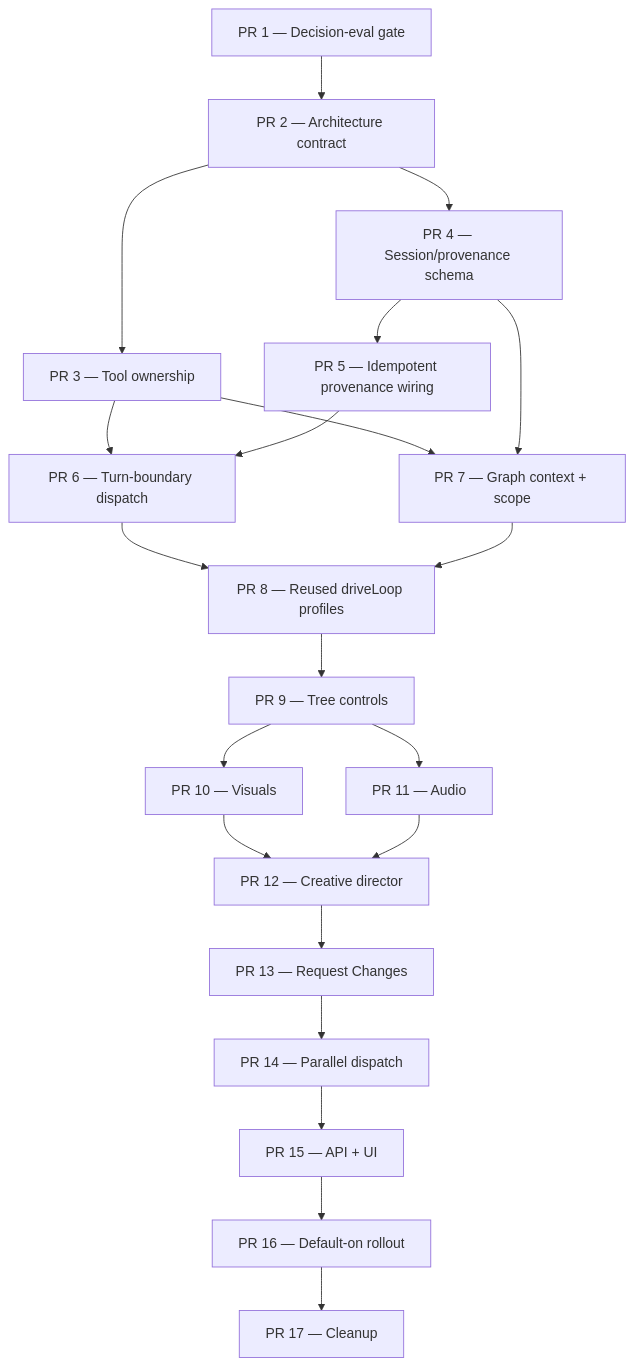
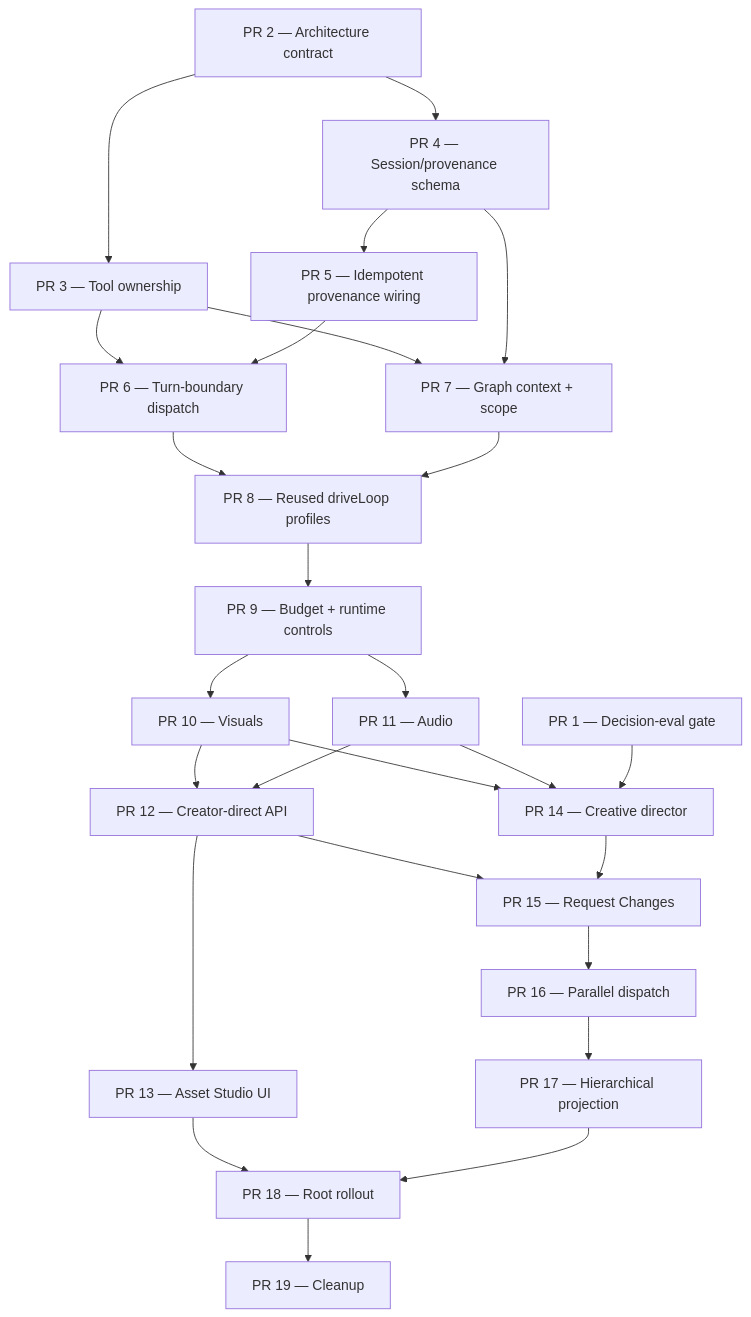
Before and after one commit to kmgrassi/PopcornReady: the second of 2 diagrams in docs/scopes/specialist-agent-orchestration-prs.md, drawn with Mermaid. The commit also changed other lines of this file and 3 other files, not shown here.

````diff
--- a/docs/scopes/specialist-agent-orchestration-prs.md
+++ b/docs/scopes/specialist-agent-orchestration-prs.md
@@ -402,23 +532,30 @@
 ```mermaid
 flowchart TD
-  P1["PR 1 — Decision-eval gate"] --> P2["PR 2 — Architecture contract"]
+  P1["PR 1 — Decision-eval gate"]
+  P2["PR 2 — Architecture contract"]
   P2 --> P3["PR 3 — Tool ownership"]
   P2 --> P4["PR 4 — Session/provenance schema"]
   P4 --> P5["PR 5 — Idempotent provenance wiring"]
   P3 --> P6["PR 6 — Turn-boundary dispatch"]
   P5 --> P6
   P3 --> P7["PR 7 — Graph context + scope"]
   P4 --> P7
   P6 --> P8["PR 8 — Reused driveLoop profiles"]
   P7 --> P8
-  P8 --> P9["PR 9 — Tree controls"]
+  P8 --> P9["PR 9 — Budget + runtime controls"]
   P9 --> P10["PR 10 — Visuals"]
   P9 --> P11["PR 11 — Audio"]
-  P10 --> P12["PR 12 — Creative director"]
+  P10 --> P12["PR 12 — Creator-direct API"]
   P11 --> P12
-  P12 --> P13["PR 13 — Request Changes"]
-  P13 --> P14["PR 14 — Parallel dispatch"]
-  P14 --> P15["PR 15 — API + UI"]
-  P15 --> P16["PR 16 — Default-on rollout"]
-  P16 --> P17["PR 17 — Cleanup"]
+  P12 --> P13["PR 13 — Asset Studio UI"]
+  P10 --> P14["PR 14 — Creative director"]
+  P11 --> P14
+  P1 --> P14
+  P12 --> P15["PR 15 — Request Changes"]
+  P14 --> P15
+  P15 --> P16["PR 16 — Parallel dispatch"]
+  P16 --> P17["PR 17 — Hierarchical projection"]
+  P13 --> P18["PR 18 — Root rollout"]
+  P17 --> P18
+  P18 --> P19["PR 19 — Cleanup"]
 ```
````
